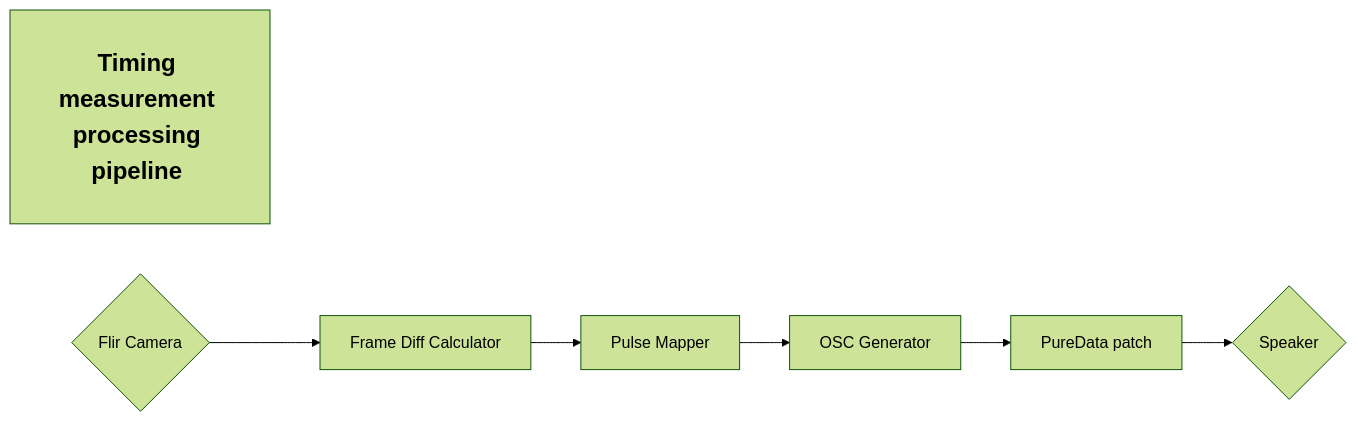
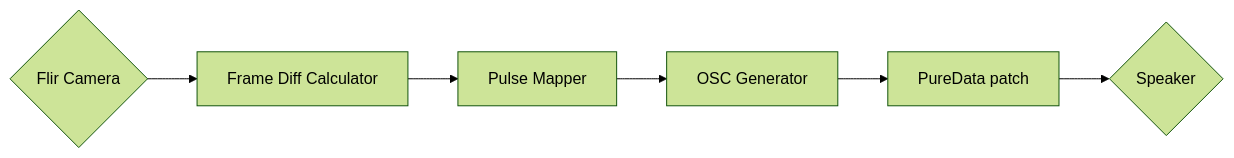
Before and after one commit to lmartinez2001/gesturecap_report_assets: the diagram in timing_processing_pipeline.mmd, drawn with Mermaid (forest theme). The commit also changed 1 other file, not shown here.

Commit message:
Updated timing processing pipeline mermaid

```diff
--- a/timing_processing_pipeline.mmd
+++ b/timing_processing_pipeline.mmd
@@ -1,7 +1,6 @@
 graph LR
-    title[<h2>Timing measurement processing pipeline </h2>]
     A{Flir Camera} -->B[Frame Diff Calculator]
     B--> D[Pulse Mapper]
     D--> E[OSC Generator]
     E--> F[PureData patch]
     F--> G{Speaker}
```
